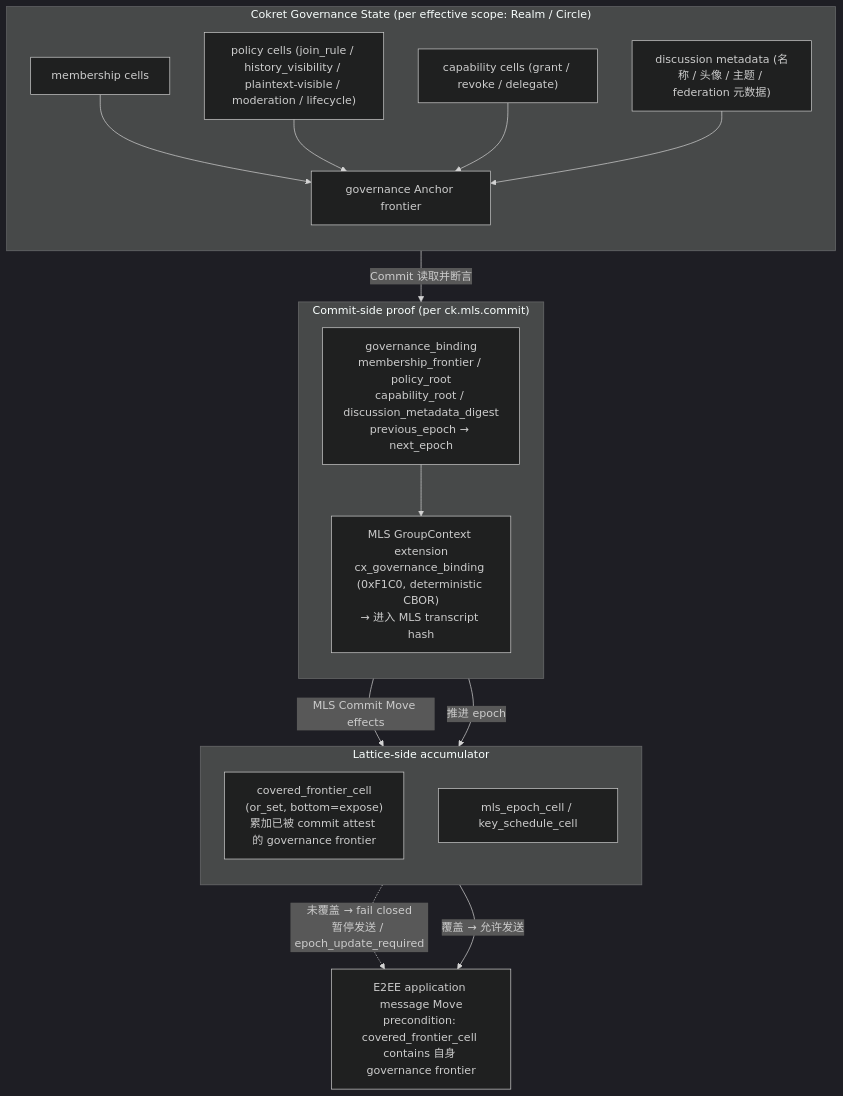
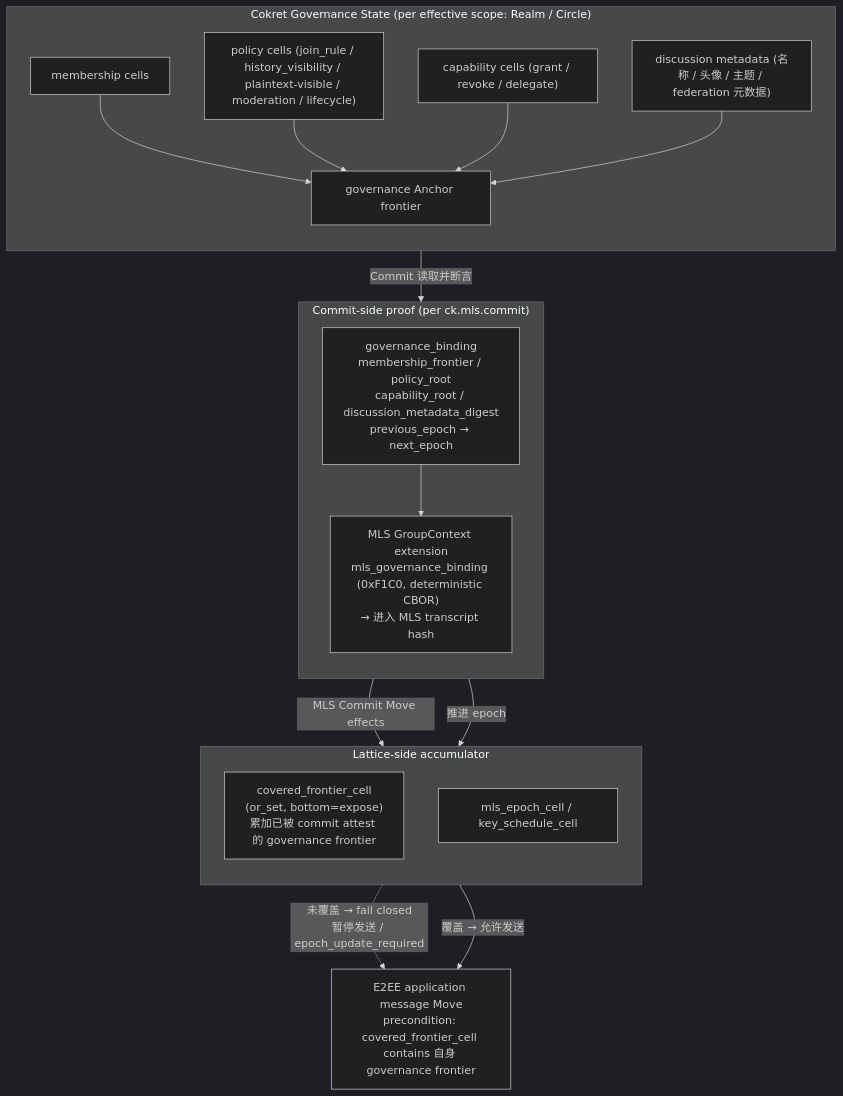
One commit to arkret-org/arkret-spec changed the second of 2 diagrams in spec/v1/zh/crypto-media/encryption-and-audit.md. Above: the diagram before and after it, drawn with Mermaid (dark theme). The commit also changed other lines of this file and 88 other files, not shown here.

````diff
--- a/spec/v1/zh/crypto-media/encryption-and-audit.md
+++ b/spec/v1/zh/crypto-media/encryption-and-audit.md
@@ -342,36 +342,36 @@
 ```mermaid
 flowchart TB
     subgraph GS ["Cokret Governance State (per effective scope: Realm / Circle)"]
         direction TB
         Memb["membership cells"]
         Pol["policy cells (join_rule / history_visibility / plaintext-visible / moderation / lifecycle)"]
         Cap["capability cells (grant / revoke / delegate)"]
         Disc["discussion metadata (名称 / 头像 / 主题 / federation 元数据)"]
         Anc["governance Anchor frontier"]
         Memb --> Anc
         Pol --> Anc
         Cap --> Anc
         Disc --> Anc
     end
 
     subgraph CS ["Commit-side proof (per ck.mls.commit)"]
         direction TB
         GB["governance_binding<br/>membership_frontier / policy_root<br/>capability_root / discussion_metadata_digest<br/>previous_epoch → next_epoch"]
-        Trans["MLS GroupContext extension<br/>cx_governance_binding (0xF1C0, deterministic CBOR)<br/>→ 进入 MLS transcript hash"]
+        Trans["MLS GroupContext extension<br/>mls_governance_binding (0xF1C0, deterministic CBOR)<br/>→ 进入 MLS transcript hash"]
         GB --> Trans
     end
 
     subgraph LS ["Lattice-side accumulator"]
         direction TB
         CFC["covered_frontier_cell<br/>(or_set, bottom=expose)<br/>累加已被 commit attest 的 governance frontier"]
         EpC["mls_epoch_cell / key_schedule_cell"]
     end
 
     Anc -- "Commit 读取并断言" --> GB
     GB -- "MLS Commit Move effects" --> CFC
     GB -- "推进 epoch" --> EpC
 
     Msg["E2EE application message Move<br/>precondition: covered_frontier_cell contains 自身 governance frontier"]
     CFC -. "未覆盖 → fail closed<br/>暂停发送 / epoch_update_required" .-> Msg
     CFC -- "覆盖 → 允许发送" --> Msg
 ```
````
